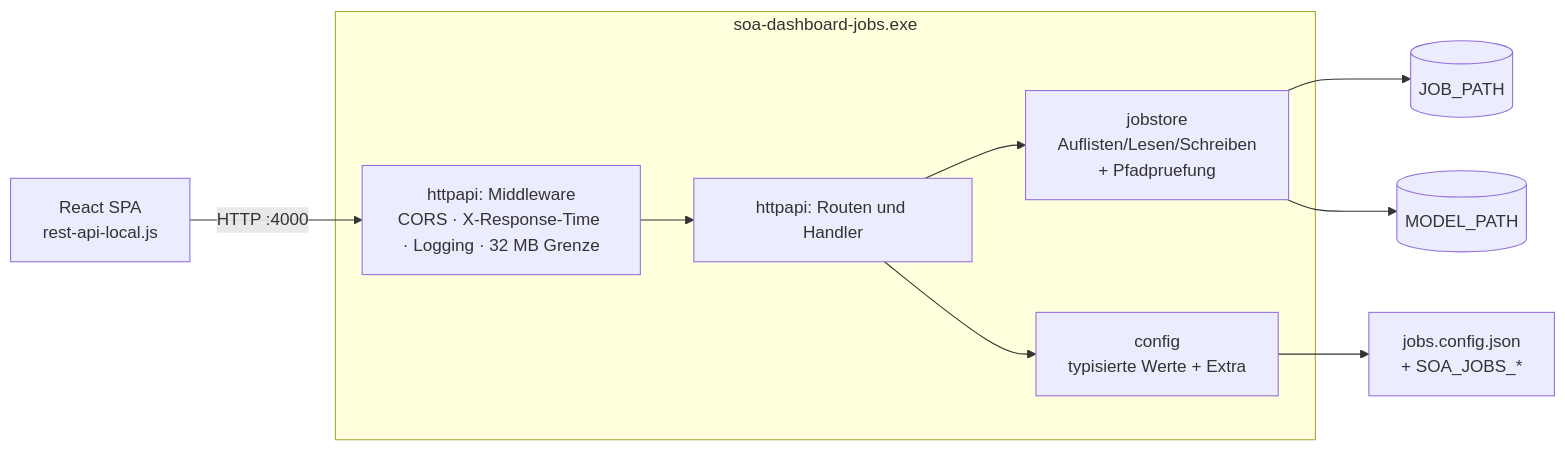
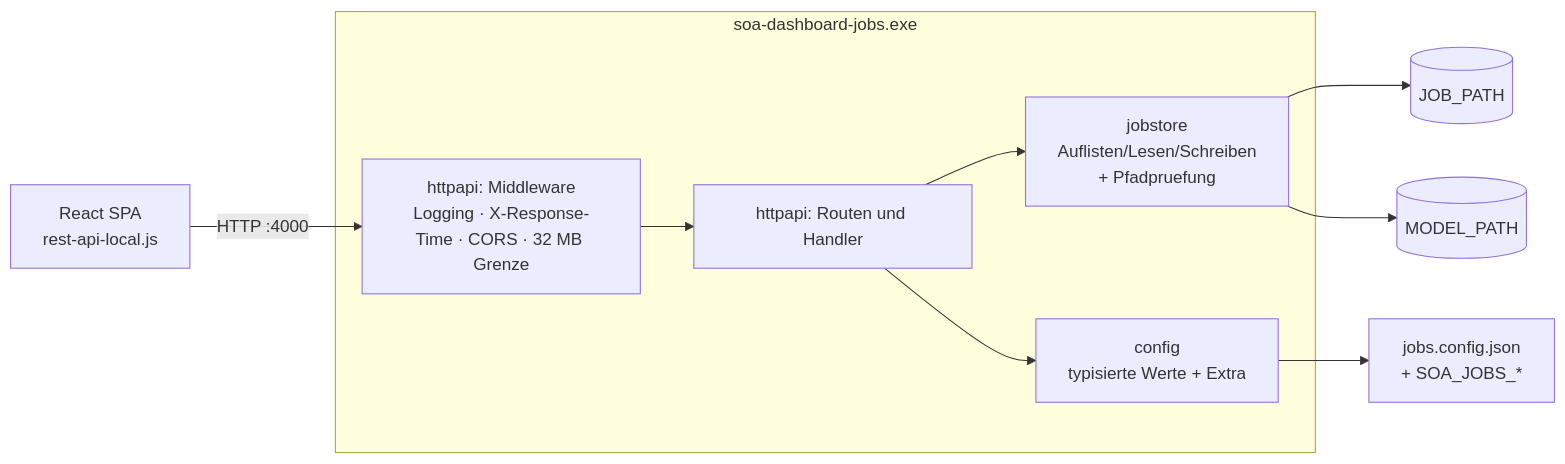
Before and after one commit to h9h/soa-dashboard-jobs: the diagram in README.md, drawn with Mermaid. The commit also changed other lines of this file and 1 other file, not shown here.

````diff
--- a/README.md
+++ b/README.md
@@ -27,12 +27,12 @@
 ```mermaid
 flowchart LR
   FE["React SPA<br/>rest-api-local.js"] -->|HTTP :4000| MW
   subgraph bin["soa-dashboard-jobs.exe"]
-    MW["httpapi: Middleware<br/>CORS · X-Response-Time · Logging · 32 MB Grenze"] --> R["httpapi: Routen und Handler"]
+    MW["httpapi: Middleware<br/>Logging · X-Response-Time · CORS · 32 MB Grenze"] --> R["httpapi: Routen und Handler"]
     R --> S["jobstore<br/>Auflisten/Lesen/Schreiben<br/>+ Pfadpruefung"]
     R --> C["config<br/>typisierte Werte + Extra"]
   end
   S --> FSJ[("JOB_PATH")]
   S --> FSM[("MODEL_PATH")]
   C --> CF["jobs.config.json<br/>+ SOA_JOBS_*"]
 ```
````
